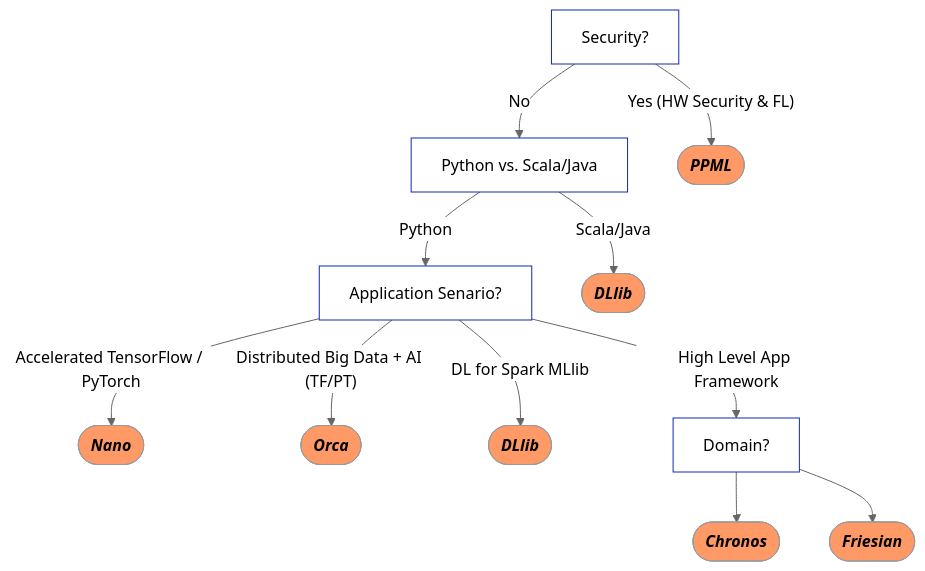
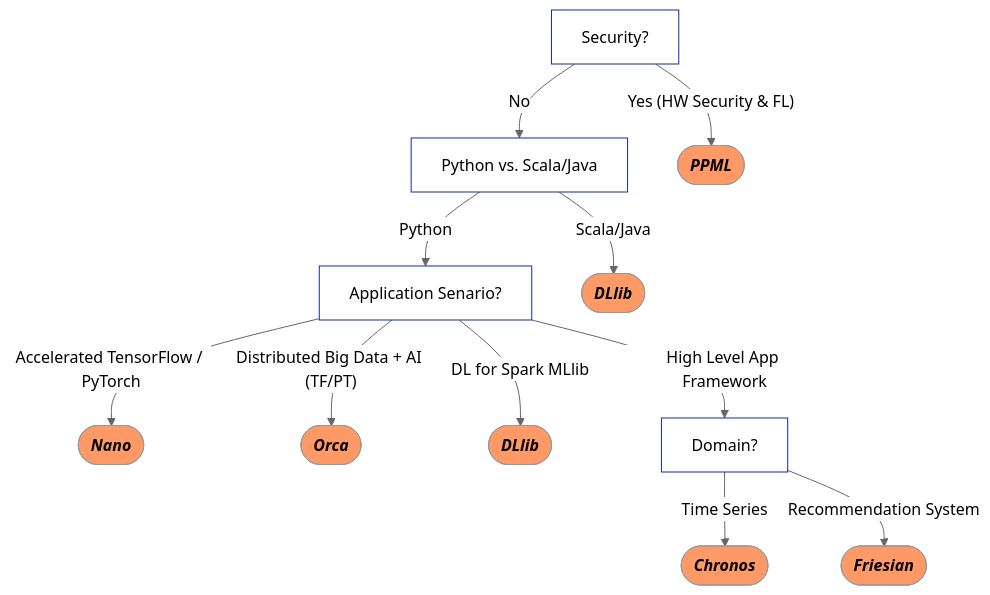
The second of 2 diagrams in README.md (shane-huang/ipex-llm), drawn with Mermaid (neutral theme) before and after one commit. The commit also changed other lines of this file, not shown here.

Commit message:
Update: Github Landing Readme
Add description texts to two arrows coming out of 'domain'.

````diff
--- a/README.md
+++ b/README.md
@@ -77,28 +77,28 @@
 ```mermaid
 flowchart TD;
     Feature1[Security?];
     Feature1-- No -->Feature2[Python vs. Scala/Java];
     Feature1-- "Yes (HW Security & FL)"  -->ReferPPML([<em><strong>PPML</strong></em>]);
     Feature2-- Python -->Feature3[Application Senario?];
     Feature2-- Scala/Java -->ReferDLlib([<em><strong>DLlib</strong></em>]);
     Feature3-- Accelerated TensorFlow / PyTorch -->ReferNano([<em><strong>Nano</strong></em>]);
     Feature3-- "Distributed Big Data + AI (TF/PT)" -->ReferOrca([<em><strong>Orca</strong></em>]);
     Feature3-- DL for Spark MLlib -->ReferDLlib2([<em><strong>DLlib</strong></em>]);
     Feature3-- High Level App Framework -->Feature4[Domain?];
-    Feature4-->ReferChronos([<em><strong>Chronos</strong></em>]);
-    Feature4-->ReferFriesian([<em><strong>Friesian</strong></em>]);
+    Feature4-- Time Series -->ReferChronos([<em><strong>Chronos</strong></em>]);
+    Feature4-- Recommendation System -->ReferFriesian([<em><strong>Friesian</strong></em>]);
     
     click ReferNano "https://bigdl.readthedocs.io/en/latest/doc/Nano/Overview/nano.html" "Refer to Nano" _parent
     click ReferOrca "https://bigdl.readthedocs.io/en/latest/doc/Orca/Overview/orca.html"
     click ReferDLlib "https://bigdl.readthedocs.io/en/latest/doc/DLlib/Overview/dllib.html"
     click ReferDLlib2 "https://bigdl.readthedocs.io/en/latest/doc/DLlib/Overview/dllib.html"
     click ReferChronos "https://bigdl.readthedocs.io/en/latest/doc/Chronos/Overview/chronos.html"
     click ReferFriesian "https://bigdl.readthedocs.io/en/latest/doc/Chronos/Overview/chronos.html"
     click ReferPPML "https://bigdl.readthedocs.io/en/latest/doc/PPML/Overview/ppml.html"
     
     classDef ReferStyle1 fill:#f96;
     classDef Feature fill:#FFF,stroke:#0f29ba,stroke-width:1px;
     class ReferNano,ReferOrca,ReferDLlib,ReferDLlib2,ReferChronos,ReferFriesian,ReferPPML ReferStyle1;
     class Feature1,Feature2,Feature3,Feature4,Feature5,Feature6,Feature7 Feature;
     
 ```
````
